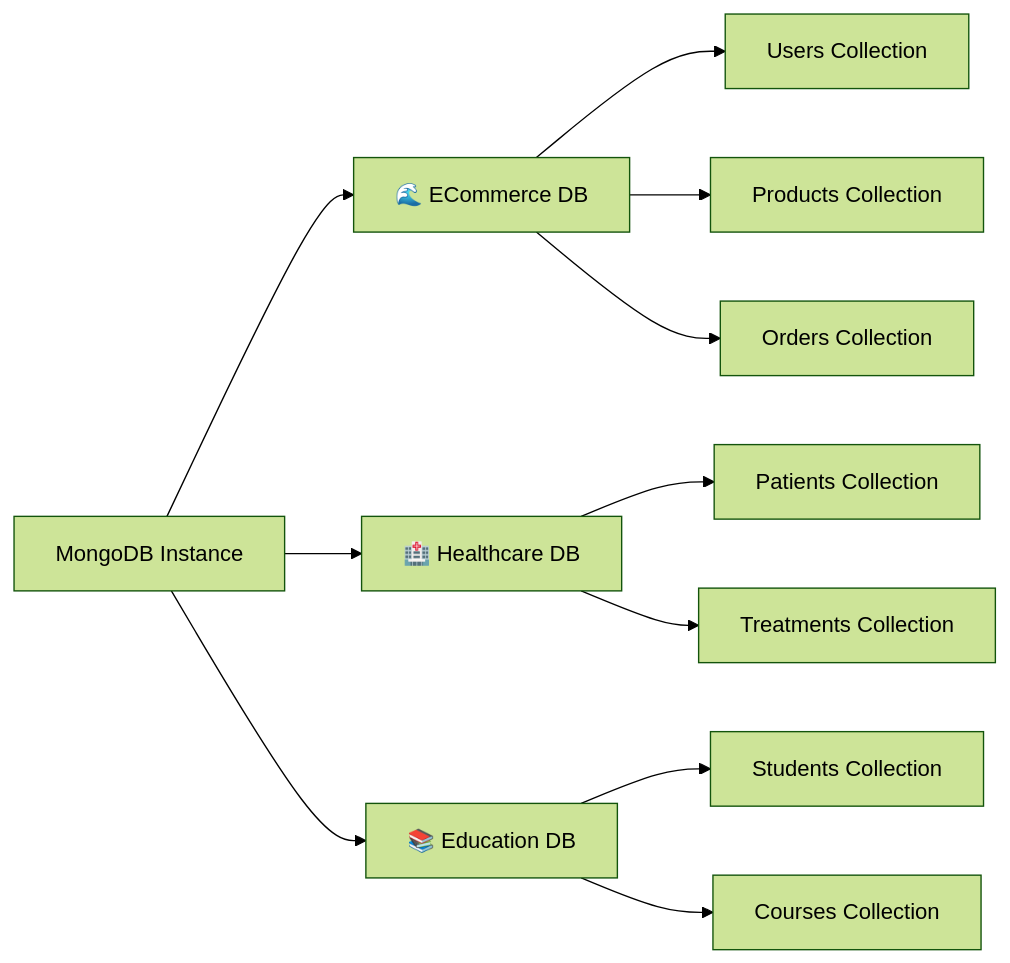
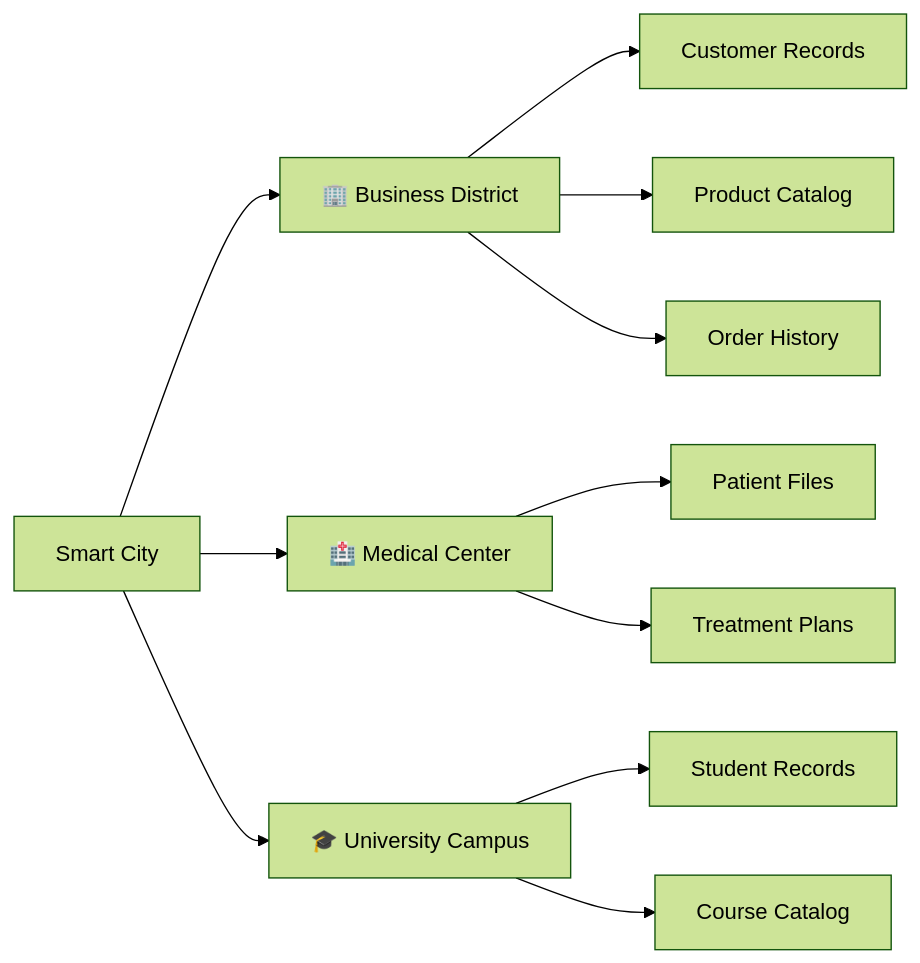
The second of 11 diagrams in mongodb-nature-guide.md (viswanathsandu/QuickGuides), drawn with Mermaid (forest theme) before and after one commit. The commit also changed other lines of this file, not shown here.

````diff
--- a/mongodb-nature-guide.md
+++ b/mongodb-nature-guide.md
@@ -102,16 +107,16 @@
 ```mermaid
 graph LR
-    A[MongoDB Instance] --> B["🌊 ECommerce DB"]
-    A --> C["🏥 Healthcare DB"]
-    A --> D["📚 Education DB"]
+    A[Smart City] --> B["🏢 Business District"]
+    A --> C["🏥 Medical Center"]
+    A --> D["🎓 University Campus"]
     
-    B --> E[Users Collection]
-    B --> F[Products Collection]
-    B --> G[Orders Collection]
+    B --> E[Customer Records]
+    B --> F[Product Catalog]
+    B --> G[Order History]
     
-    C --> H[Patients Collection]
-    C --> I[Treatments Collection]
+    C --> H[Patient Files]
+    C --> I[Treatment Plans]
     
-    D --> J[Students Collection]
-    D --> K[Courses Collection]
+    D --> J[Student Records]
+    D --> K[Course Catalog]
 ```
````
